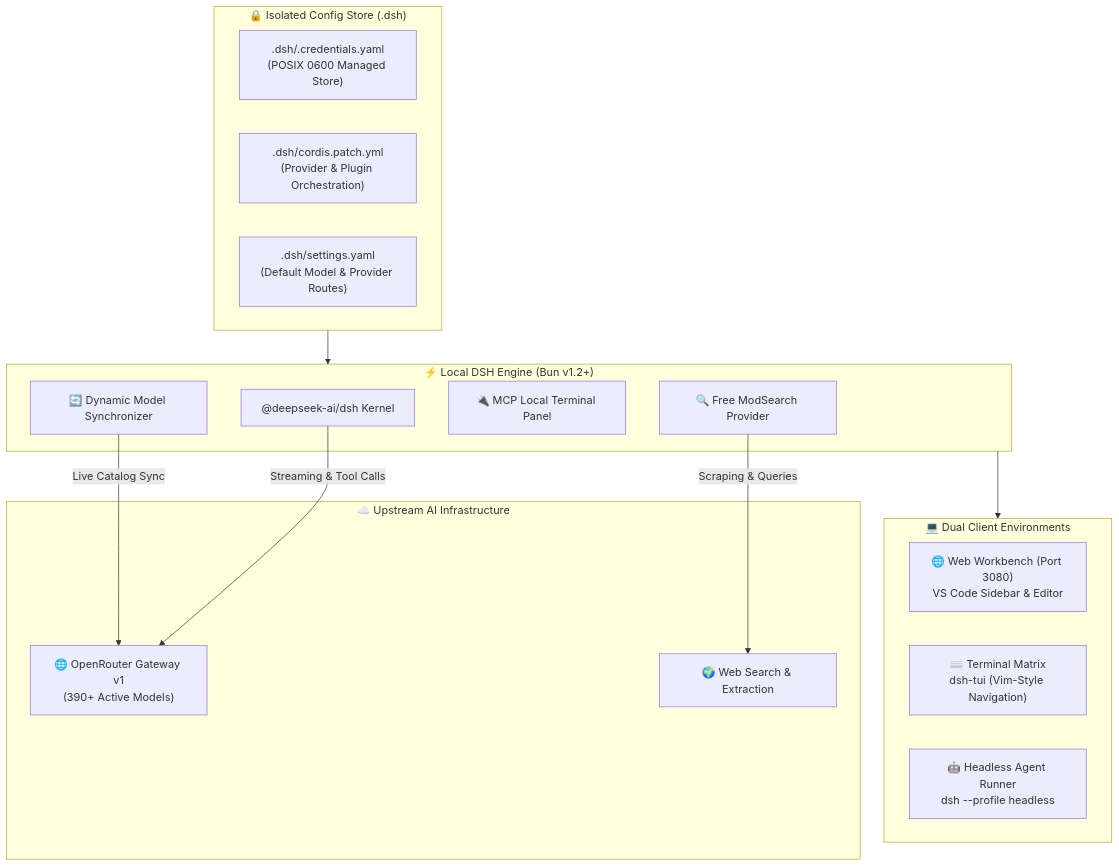
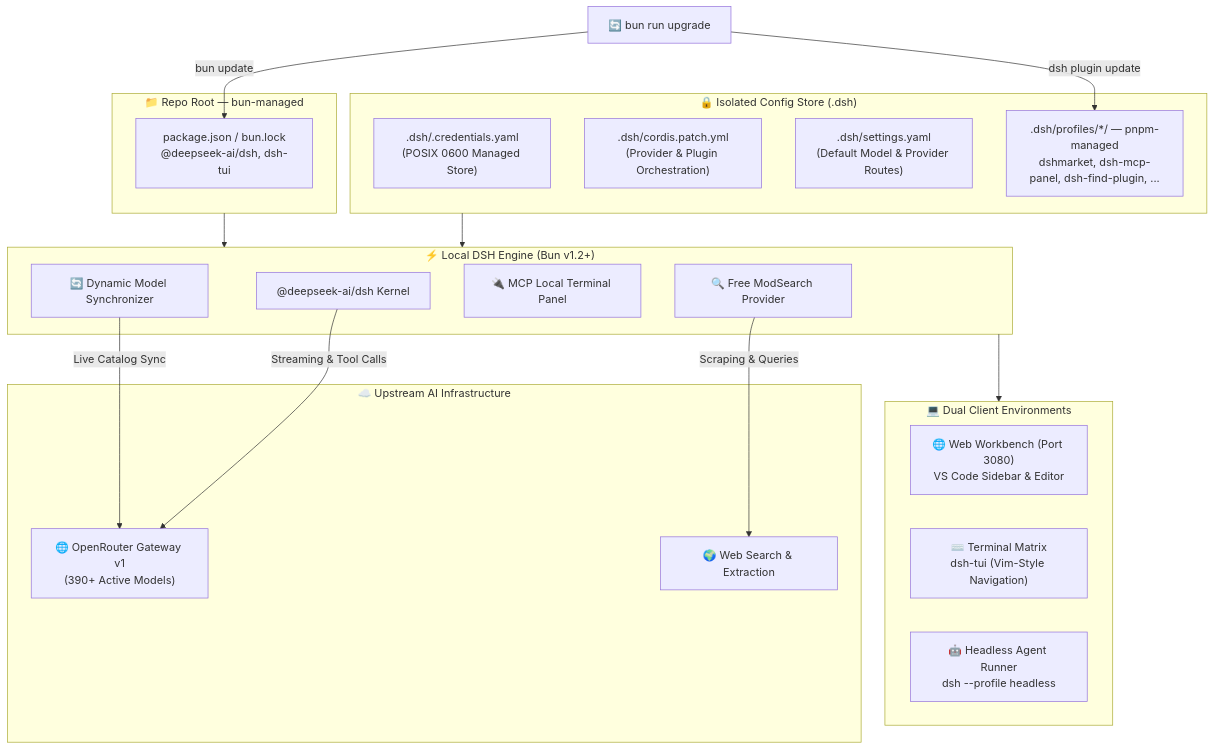
The diagram in docs/architecture.md (hdjebar/deepseek-harness-workspace), drawn with Mermaid before and after one commit. The commit also changed other lines of this file and 2 other files, not shown here.

Commit message:
fix(doctor): add reset/upgrade to required script-bindings check
doctor.js's checkWorkspace() only verified ["web", "cli", "headless",
"sync-models", "doctor"] were bound in package.json - missing "reset"
(pre-existing gap) and "upgrade" (added in a7acf06). Adds both, and
derives the pass-case message from the array instead of a separately
hand-typed string so the two can't drift apart again. Verified with a
fixture package.json: warns correctly when reset/upgrade are missing,
passes once added. Updates README's doctor sample output to match.

Also updates docs/architecture.md's diagram to show the bun/pnpm
split explicitly (repo root vs .dsh/profiles/*/) with bun run upgrade
as the node touching both - the exact distinction that was previously
only explained in prose in docs/upgrading.md, now visible in the
picture people look at first.

````diff
--- a/docs/architecture.md
+++ b/docs/architecture.md
@@ -3,32 +3,42 @@
 ```mermaid
 flowchart TD
+    subgraph Repo ["📁 Repo Root — bun-managed"]
+        PKG["package.json / bun.lock\n@deepseek-ai/dsh, dsh-tui"]
+    end
+
     subgraph Storage ["🔒 Isolated Config Store (.dsh)"]
         CRED[".dsh/.credentials.yaml\n(POSIX 0600 Managed Store)"]
         PATCH[".dsh/cordis.patch.yml\n(Provider & Plugin Orchestration)"]
         SETT[".dsh/settings.yaml\n(Default Model & Provider Routes)"]
+        PROFILES[".dsh/profiles/*/ — pnpm-managed\ndshmarket, dsh-mcp-panel, dsh-find-plugin, ..."]
     end
 
     subgraph Interfaces ["💻 Dual Client Environments"]
         WEB["🌐 Web Workbench (Port 3080)\nVS Code Sidebar & Editor"]
         CLI["⌨️ Terminal Matrix\ndsh-tui (Vim-Style Navigation)"]
         HEADLESS["🤖 Headless Agent Runner\ndsh --profile headless"]
     end
 
     subgraph Runtime ["⚡ Local DSH Engine (Bun v1.2+)"]
         CORE["@deepseek-ai/dsh Kernel"]
         MODSEARCH["🔍 Free ModSearch Provider"]
         MCP["🔌 MCP Local Terminal Panel"]
         SYNC["🔄 Dynamic Model Synchronizer"]
     end
 
     subgraph Remote ["☁️ Upstream AI Infrastructure"]
         OR["🌐 OpenRouter Gateway v1\n(390+ Active Models)"]
         WEB_NET["🌍 Web Search & Extraction"]
     end
 
+    UPGRADE["🔄 bun run upgrade"]
+    UPGRADE -->|bun update| PKG
+    UPGRADE -->|dsh plugin update| PROFILES
+
+    Repo --> Runtime
     Storage --> Runtime
     Runtime --> Interfaces
     SYNC -->|Live Catalog Sync| OR
     CORE -->|Streaming & Tool Calls| OR
     MODSEARCH -->|Scraping & Queries| WEB_NET
 ```
````
